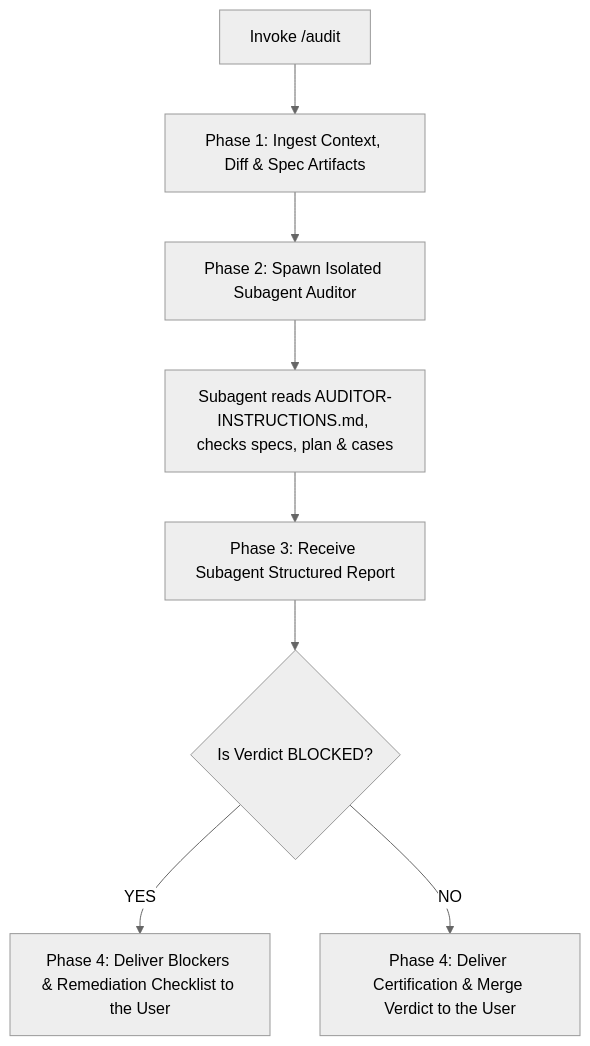
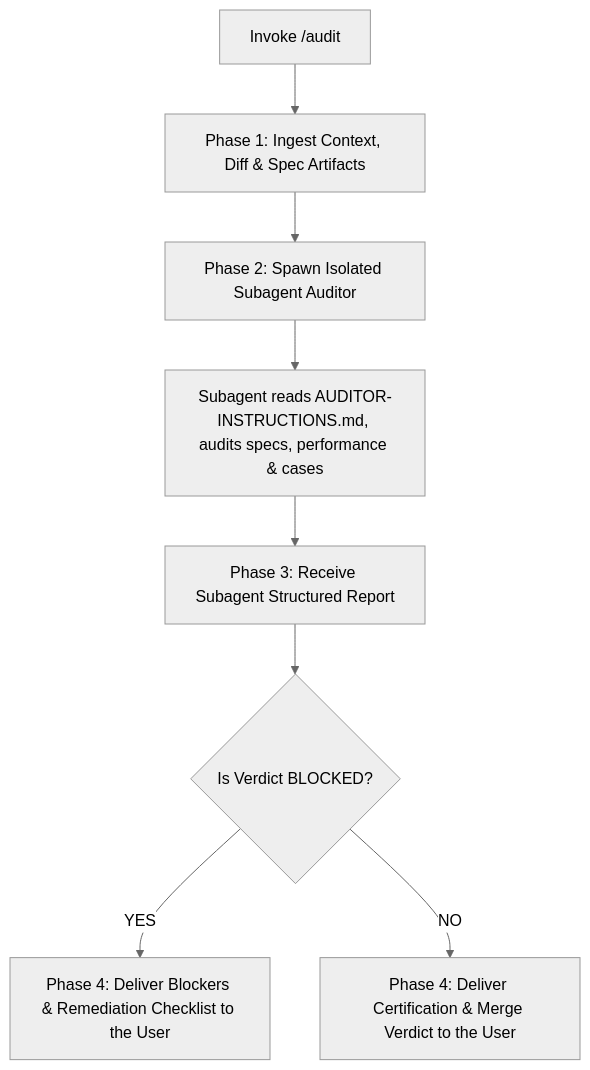
The diagram in audit/SKILL.md (dimsedra/skills), drawn with Mermaid (neutral theme) before and after one commit. The commit also changed other lines of this file and 3 other files, not shown here.

Commit message:
feat(audit): integrate performance and scalability hazard checks for relevant diffs

````diff
--- a/audit/SKILL.md
+++ b/audit/SKILL.md
@@ -18,10 +18,10 @@
 ```mermaid
 flowchart TD
     A["Invoke /audit"] --> B["Phase 1: Ingest Context, Diff & Spec Artifacts"]
     B --> C["Phase 2: Spawn Isolated Subagent Auditor"]
-    C --> D["Subagent reads AUDITOR-INSTRUCTIONS.md, checks specs, plan & cases"]
+    C --> D["Subagent reads AUDITOR-INSTRUCTIONS.md, audits specs, performance & cases"]
     D --> E["Phase 3: Receive Subagent Structured Report"]
     E --> F{"Is Verdict BLOCKED?"}
     F -- YES --> G["Phase 4: Deliver Blockers & Remediation Checklist to the User"]
     F -- NO --> H["Phase 4: Deliver Certification & Merge Verdict to the User"]
 ```
````
